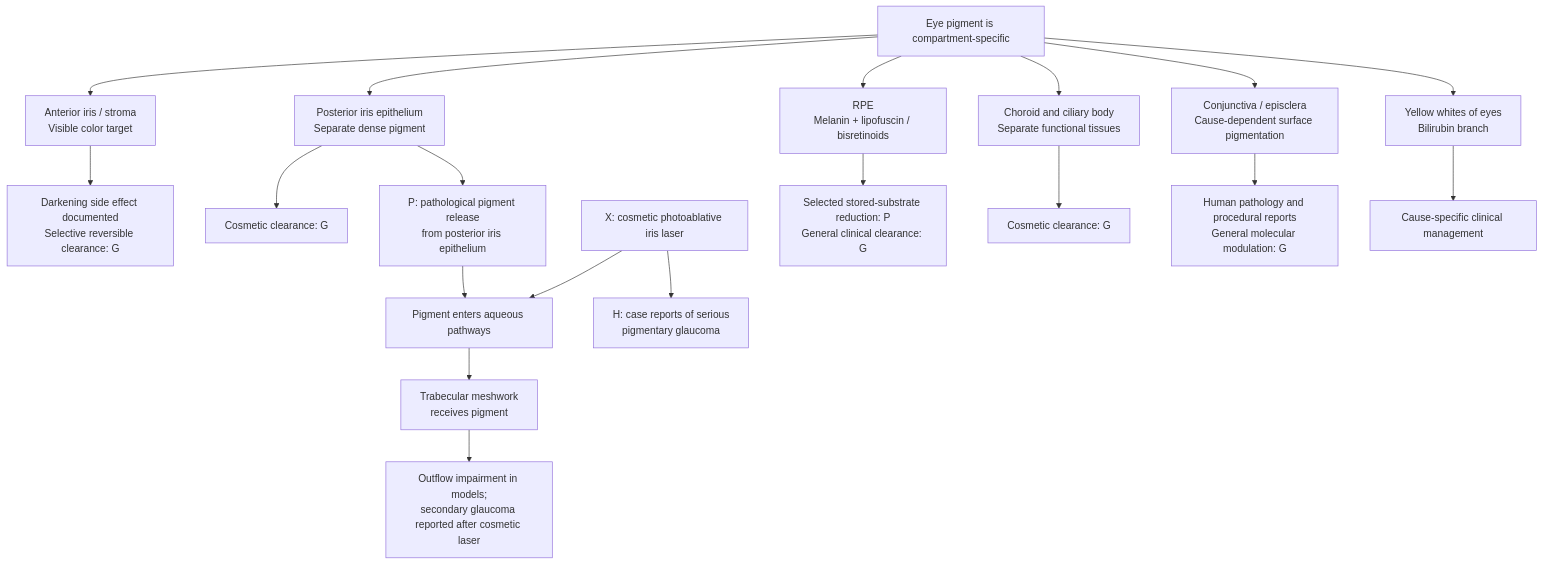
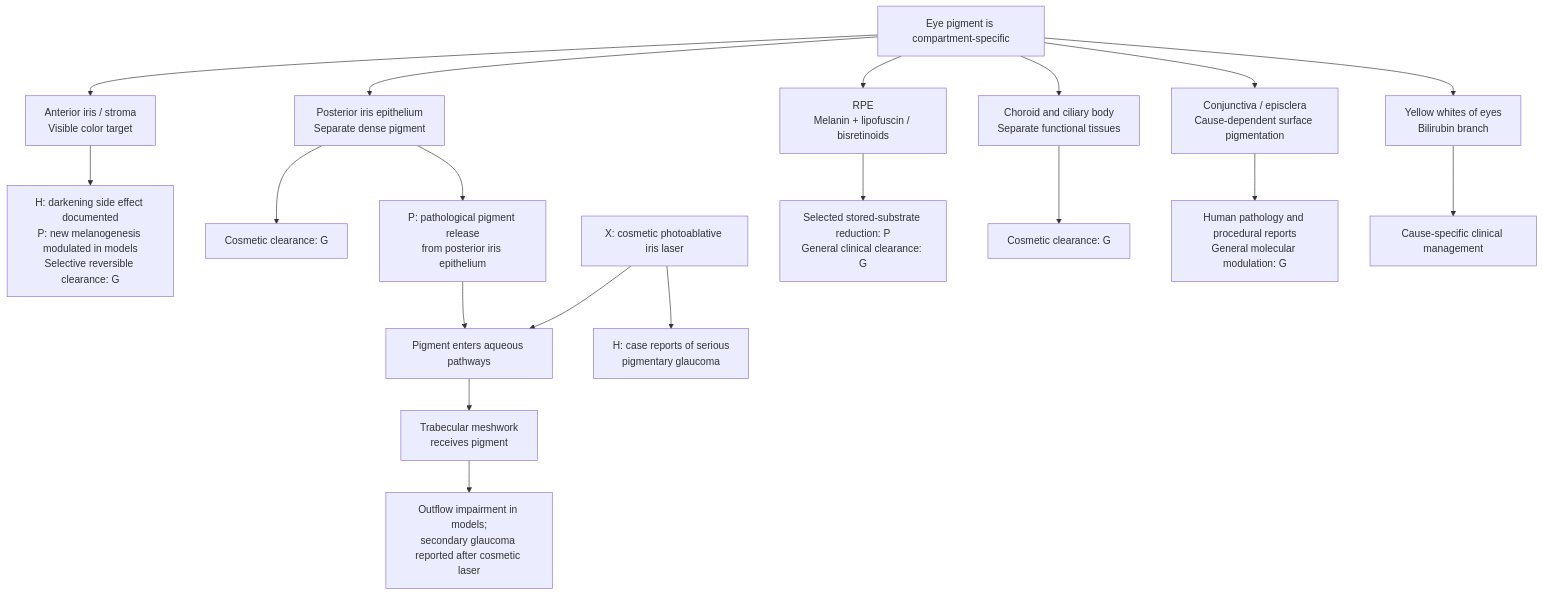
One commit to dylanstechmann/iris-color-without-contacts changed diagram 11 of 32 in research/tissue-pigment-atlas.md. Above: the diagram before and after it, drawn with Mermaid. The commit also changed other lines of this file, not shown here.

Commit message:
Add human iris melanogenesis evidence diagram

````diff
--- a/research/tissue-pigment-atlas.md
+++ b/research/tissue-pigment-atlas.md
@@ -309,22 +309,22 @@
 ```mermaid
 flowchart TD
     E["Eye pigment is compartment-specific"]
     E --> A["Anterior iris / stroma<br/>Visible color target"]
     E --> B["Posterior iris epithelium<br/>Separate dense pigment"]
     E --> C["RPE<br/>Melanin + lipofuscin / bisretinoids"]
     E --> D["Choroid and ciliary body<br/>Separate functional tissues"]
     E --> F["Conjunctiva / episclera<br/>Cause-dependent surface pigmentation"]
     E --> Y["Yellow whites of eyes<br/>Bilirubin branch"]
-    A --> A1["Darkening side effect documented<br/>Selective reversible clearance: G"]
+    A --> A1["H: darkening side effect documented<br/>P: new melanogenesis modulated in models<br/>Selective reversible clearance: G"]
     B --> B1["Cosmetic clearance: G"]
     B --> P["P: pathological pigment release<br/>from posterior iris epithelium"]
     P --> Q["Pigment enters aqueous pathways"]
     Q --> T["Trabecular meshwork<br/>receives pigment"]
     T --> T1["Outflow impairment in models;<br/>secondary glaucoma reported after cosmetic laser"]
     L["X: cosmetic photoablative iris laser"] --> Q
     L --> L1["H: case reports of serious<br/>pigmentary glaucoma"]
     C --> C1["Selected stored-substrate reduction: P<br/>General clinical clearance: G"]
     D --> D1["Cosmetic clearance: G"]
     F --> F1["Human pathology and procedural reports<br/>General molecular modulation: G"]
     Y --> Y1["Cause-specific clinical management"]
 ```
````
